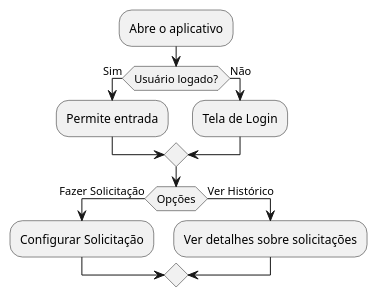
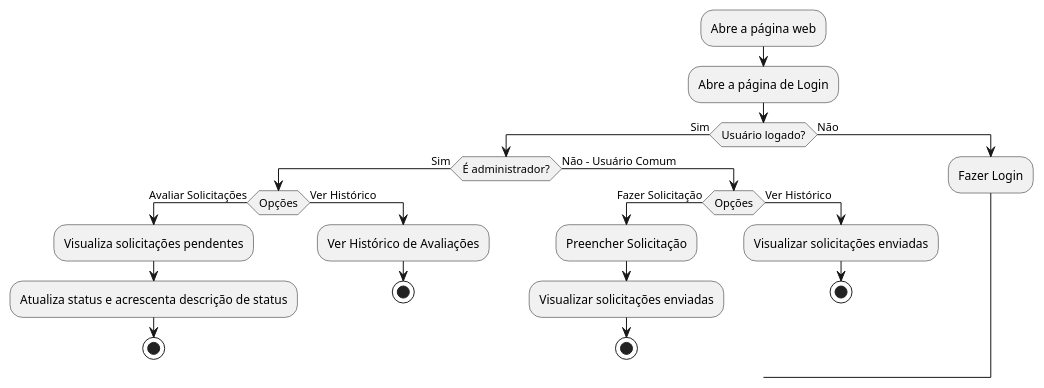
The diagram in ActivityDiagram.md (RenataArdito/Alerta-ADS), drawn with PlantUML before and after one commit. The commit also changed other lines of this file, not shown here.

````diff
--- a/ActivityDiagram.md
+++ b/ActivityDiagram.md
@@ -1,16 +1,32 @@
 ```plantuml
 @startuml
 
-:Abre o aplicativo;
+:Abre a página web;
+:Abre a página de Login;
 
 if (Usuário logado?) then (Sim)
-    :Permite entrada;
+    if (É administrador?) then (Sim)
+        if (Opções) then (Avaliar Solicitações)
+            :Visualiza solicitações pendentes;
+            :Atualiza status e acrescenta descrição de status;
+            stop
+        else (Ver Histórico)
+            :Ver Histórico de Avaliações;
+            stop
+        endif
+    else (Não - Usuário Comum)
+        if (Opções) then (Fazer Solicitação)
+            :Preencher Solicitação;
+            :Visualizar solicitações enviadas;
+            stop
+        else (Ver Histórico)
+            :Visualizar solicitações enviadas;
+            stop
+        endif
+    endif
 else (Não)
-    :Tela de Login;
+    :Fazer Login;
 endif
-    if (Opções) then (Fazer Solicitação)
-        :Configurar Solicitação;
-    else (Ver Histórico)
-        :Ver detalhes sobre solicitações;
+
 @enduml
 ```
````
